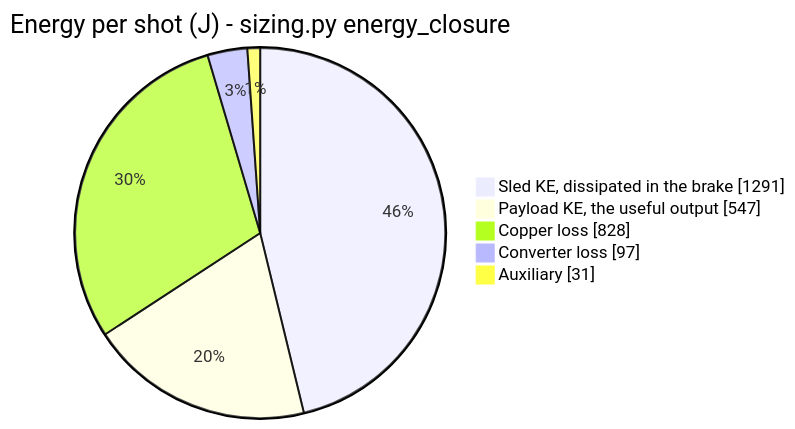
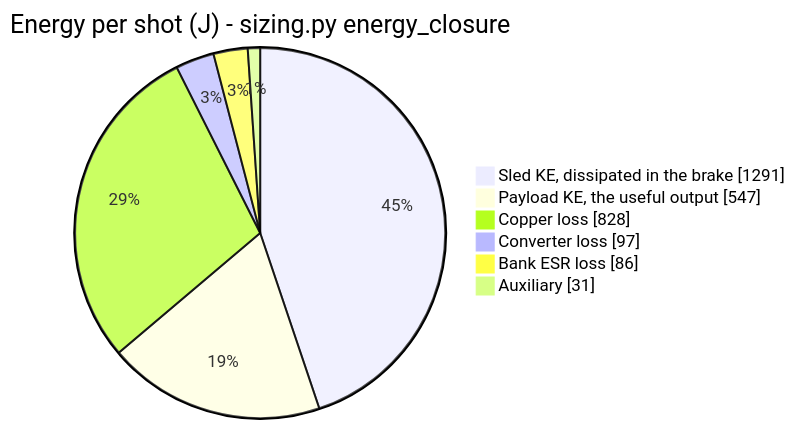
The second of 3 diagrams in README.md (aaaaaaaaaaaavm/EMOCD), drawn with Mermaid before and after one commit. The commit also changed other lines of this file and 39 other files, not shown here.

First line of the commit message:
Model the bank ESR, rename repository URLs to VOLLEY, refresh stale claims

````diff
--- a/README.md
+++ b/README.md
@@ -183,9 +185,10 @@
 ```mermaid
 pie showData
     title Energy per shot (J) - sizing.py energy_closure
     "Sled KE, dissipated in the brake" : 1291
     "Payload KE, the useful output" : 547
     "Copper loss" : 828
     "Converter loss" : 97
+    "Bank ESR loss" : 86
     "Auxiliary" : 31
 ```
````
